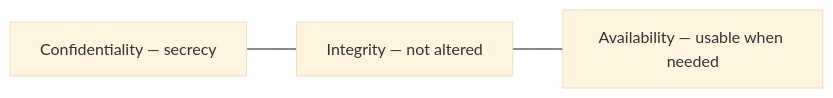
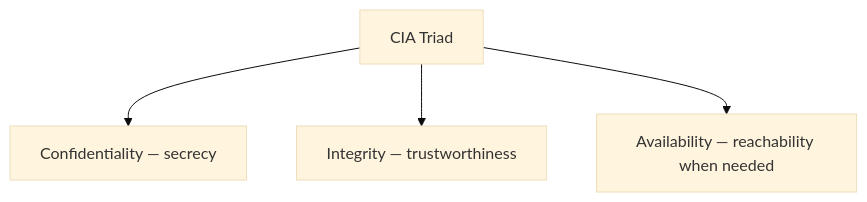
Before and after one commit to omnayak27199/pktana: the first of 9 diagrams in learning/10-network-security.md, drawn with Mermaid (base theme). The commit also changed other lines of this file and 14 other files, not shown here.

````diff
--- a/learning/10-network-security.md
+++ b/learning/10-network-security.md
@@ -11,5 +13,7 @@
 ```mermaid
-flowchart LR
-  C[Confidentiality — secrecy] --- I[Integrity — not altered]
-  I --- A[Availability — usable when needed]
+flowchart TB
+  CIA[CIA Triad]
+  CIA --> C[Confidentiality — secrecy]
+  CIA --> I[Integrity — trustworthiness]
+  CIA --> A[Availability — reachability when needed]
 ```
````
